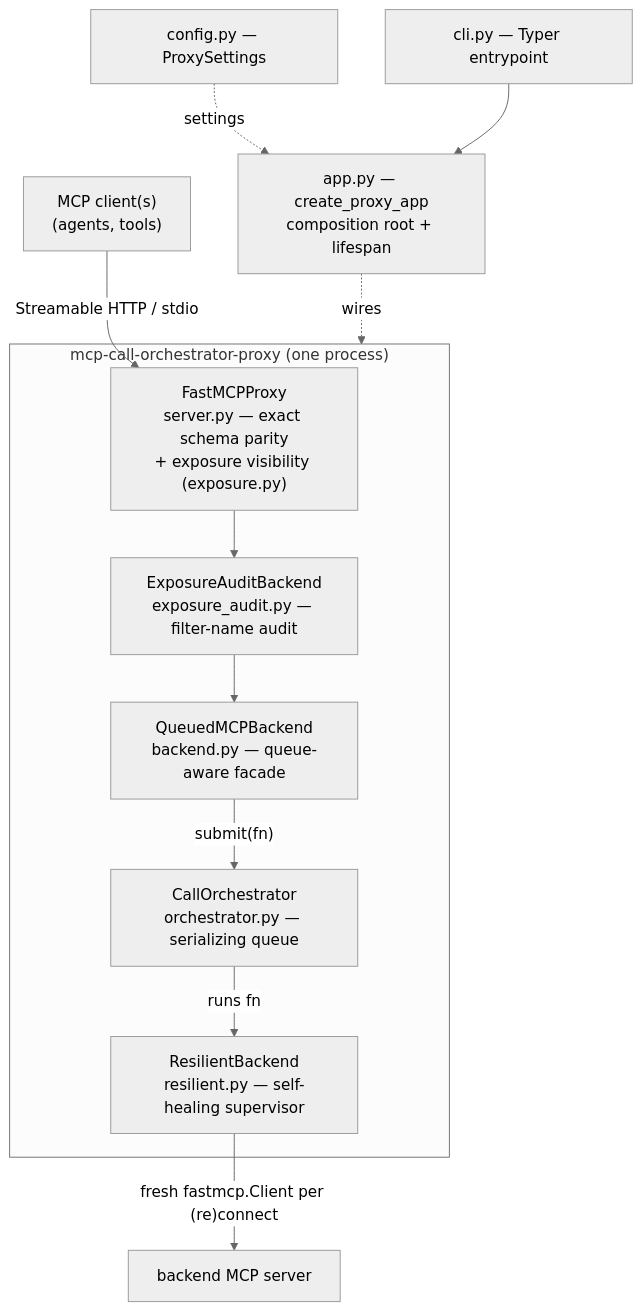
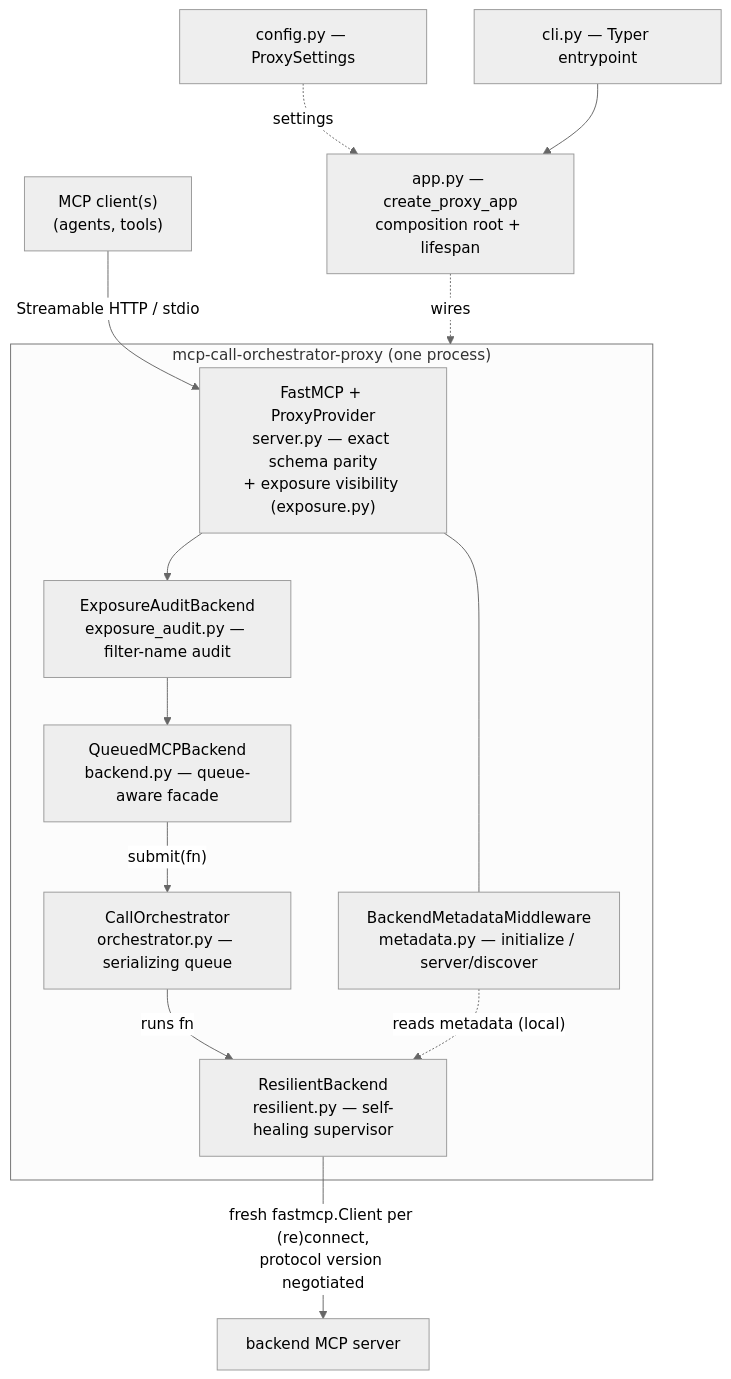
One commit to eoc-llm-tooling/mcp-call-orchestrator-proxy changed the diagram in ARCHITECTURE.md. Above: the diagram before and after it, drawn with Mermaid (neutral theme). The commit also changed other lines of this file and 32 other files, not shown here.

First line of the commit message:
feat: serve both mcp protocol versions on fastmcp 4

````diff
--- a/ARCHITECTURE.md
+++ b/ARCHITECTURE.md
@@ -70,22 +73,25 @@
 ```mermaid
 flowchart TD
     C["MCP client(s)<br/>(agents, tools)"] -->|"Streamable HTTP / stdio"| P
 
     subgraph proxy["mcp-call-orchestrator-proxy (one process)"]
-        P["FastMCPProxy<br/>server.py — exact schema parity<br/>+ exposure visibility (exposure.py)"]
+        P["FastMCP + ProxyProvider<br/>server.py — exact schema parity<br/>+ exposure visibility (exposure.py)"]
+        M["BackendMetadataMiddleware<br/>metadata.py — initialize / server/discover"]
         E["ExposureAuditBackend<br/>exposure_audit.py — filter-name audit"]
         Q["QueuedMCPBackend<br/>backend.py — queue-aware facade"]
         O["CallOrchestrator<br/>orchestrator.py — serializing queue"]
         R["ResilientBackend<br/>resilient.py — self-healing supervisor"]
         P --> E
         E --> Q
         Q -->|"submit(fn)"| O
         O -->|"runs fn"| R
+        P --- M
+        M -.->|"reads metadata (local)"| R
     end
 
-    R -->|"fresh fastmcp.Client per (re)connect"| B["backend MCP server"]
+    R -->|"fresh fastmcp.Client per (re)connect,<br/>protocol version negotiated"| B["backend MCP server"]
 
     A["app.py — create_proxy_app<br/>composition root + lifespan"] -.wires.-> proxy
     CFG["config.py — ProxySettings"] -.->|"settings"| A
     CLI["cli.py — Typer entrypoint"] --> A
 ```
````
